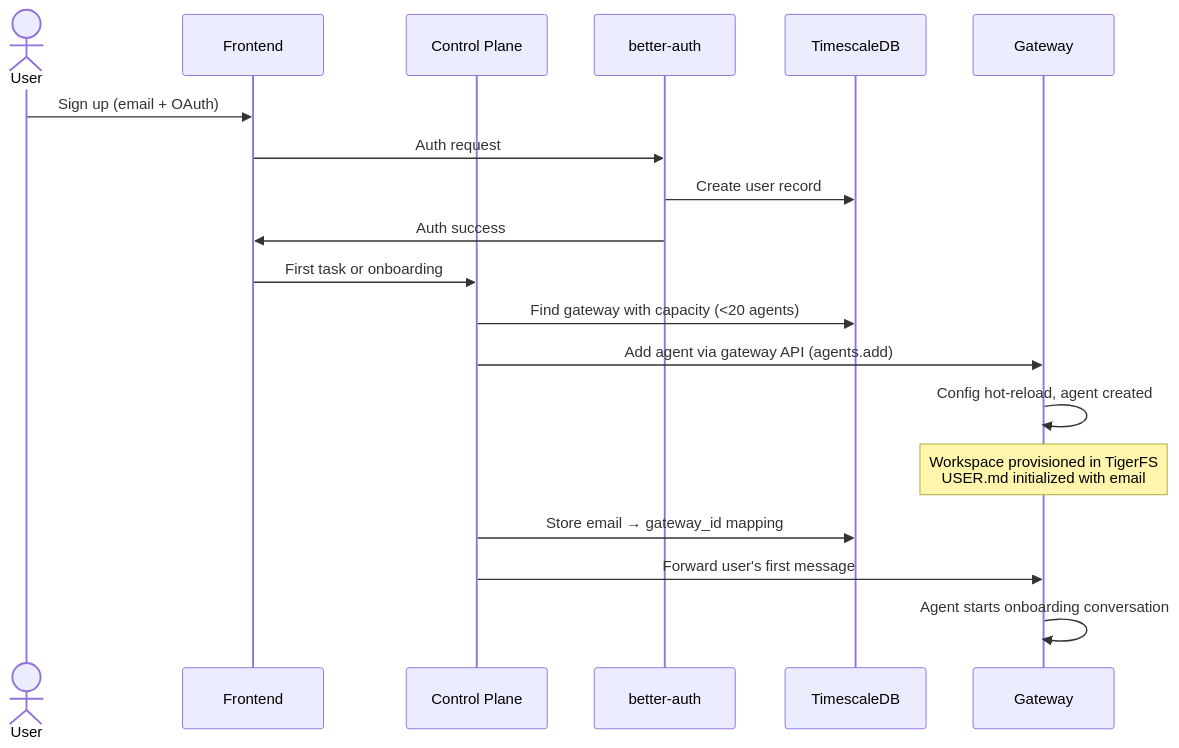
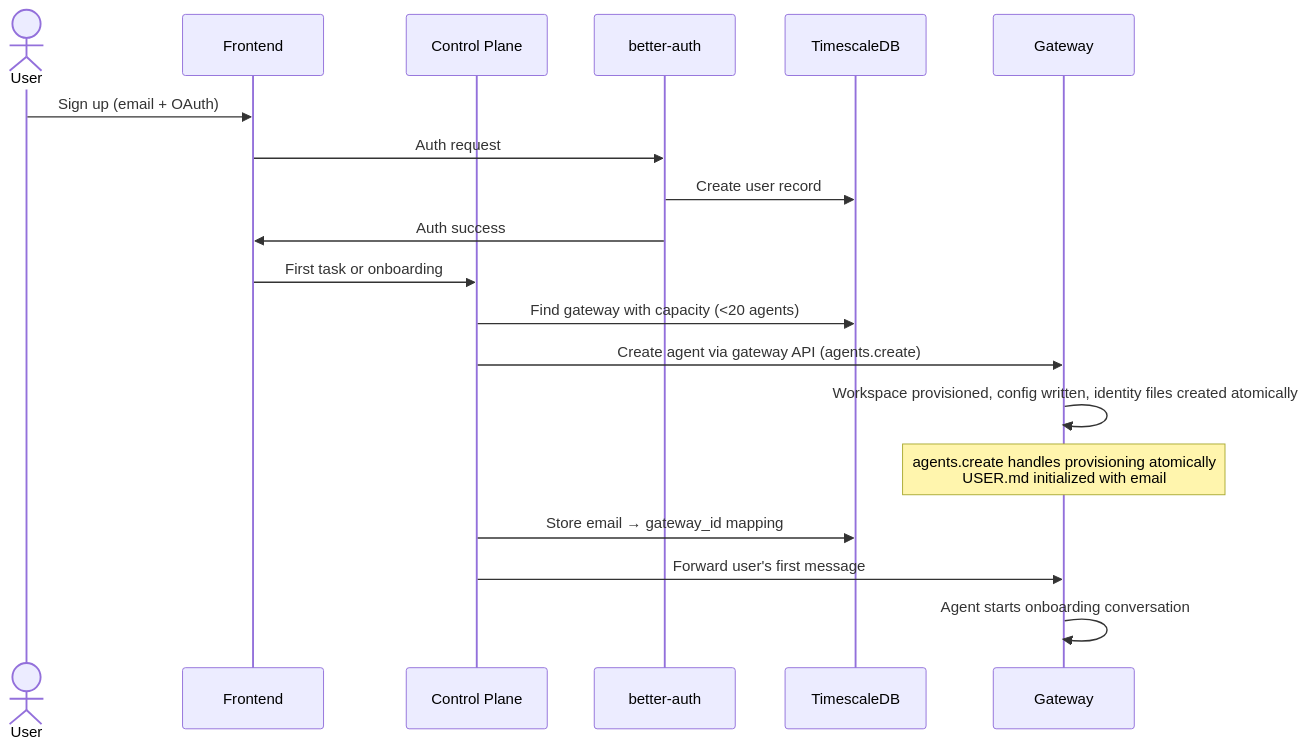
Before and after one commit to 1qh/claw: the diagram in brainstorm/deployer/open-questions.md, drawn with Mermaid. The commit also changed other lines of this file and 14 other files, not shown here.

````diff
--- a/brainstorm/deployer/open-questions.md
+++ b/brainstorm/deployer/open-questions.md
@@ -9,22 +9,22 @@
 ```mermaid
 sequenceDiagram
     actor User
     participant FE as Frontend
     participant CP as Control Plane
     participant BA as better-auth
     participant DB as TimescaleDB
     participant GW as Gateway
 
     User->>FE: Sign up (email + OAuth)
     FE->>BA: Auth request
     BA->>DB: Create user record
     BA->>FE: Auth success
     FE->>CP: First task or onboarding
     CP->>DB: Find gateway with capacity (<20 agents)
-    CP->>GW: Add agent via gateway API (agents.add)
-    GW->>GW: Config hot-reload, agent created
-    Note over GW: Workspace provisioned in TigerFS<br/>USER.md initialized with email
+    CP->>GW: Create agent via gateway API (agents.create)
+    GW->>GW: Workspace provisioned, config written, identity files created atomically
+    Note over GW: agents.create handles provisioning atomically<br/>USER.md initialized with email
     CP->>DB: Store email → gateway_id mapping
     CP->>GW: Forward user's first message
     GW->>GW: Agent starts onboarding conversation
 ```
````
